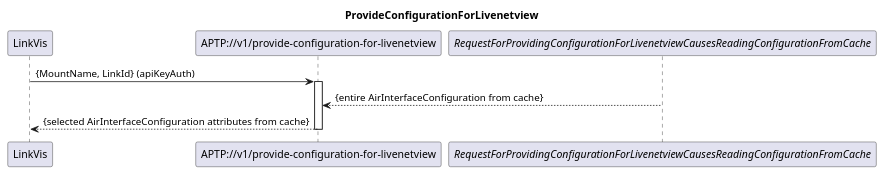
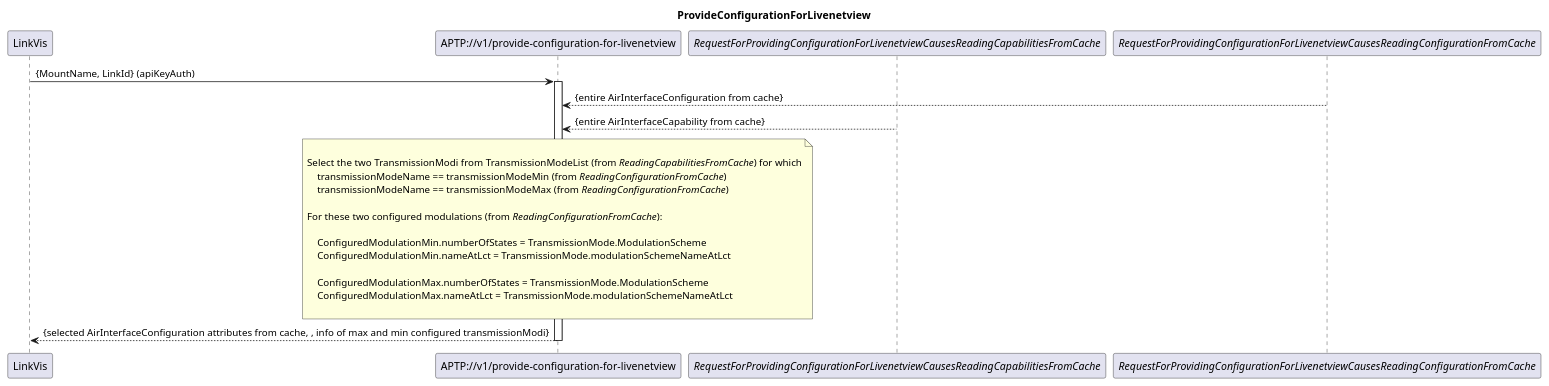
One commit to openBackhaul/AccessPlanningToolProxy changed the diagram in spec/diagrams/ProvideConfigurationForLivenetview/ProvideConfigurationForLivenetview.plantuml. Above: the diagram before and after it, drawn with PlantUML. The commit also changed other lines of this file and 3 other files, not shown here.

Commit message:
Add missing callback in diagrams of service 007

```diff
--- a/spec/diagrams/ProvideConfigurationForLivenetview/ProvideConfigurationForLivenetview.plantuml
+++ b/spec/diagrams/ProvideConfigurationForLivenetview/ProvideConfigurationForLivenetview.plantuml
@@ -1,24 +1,42 @@
 @startuml ProvideConfigForLivenetview
 skinparam responseMessageBelowArrow true
 
 title
 ProvideConfigurationForLivenetview
 end title
 
 participant "LinkVis" as LinkVis
 participant "APTP://v1/provide-configuration-for-livenetview" as APTP_Config
+participant "<i>RequestForProvidingConfigurationForLivenetviewCausesReadingCapabilitiesFromCache</i>" as ReadingCapa
 participant "<i>RequestForProvidingConfigurationForLivenetviewCausesReadingConfigurationFromCache</i>" as ReadingConfigCache
 
 
 LinkVis -> APTP_Config: {MountName, LinkId} (apiKeyAuth)
 
 activate APTP_Config
 
 
 ReadingConfigCache --> APTP_Config: {entire AirInterfaceConfiguration from cache}
+ReadingCapa --> APTP_Config: {entire AirInterfaceCapability from cache}
 
-APTP_Config --> LinkVis: {selected AirInterfaceConfiguration attributes from cache}
+note over APTP_Config
+
+Select the two TransmissionModi from TransmissionModeList (from <i>ReadingCapabilitiesFromCache</i>) for which
+    transmissionModeName == transmissionModeMin (from <i>ReadingConfigurationFromCache</i>)
+    transmissionModeName == transmissionModeMax (from <i>ReadingConfigurationFromCache</i>)
+
+For these two configured modulations (from <i>ReadingConfigurationFromCache</i>):
+
+    ConfiguredModulationMin.numberOfStates = TransmissionMode.ModulationScheme
+    ConfiguredModulationMin.nameAtLct = TransmissionMode.modulationSchemeNameAtLct
+
+    ConfiguredModulationMax.numberOfStates = TransmissionMode.ModulationScheme
+    ConfiguredModulationMax.nameAtLct = TransmissionMode.modulationSchemeNameAtLct
+
+end note
+
+APTP_Config --> LinkVis: {selected AirInterfaceConfiguration attributes from cache, , info of max and min configured transmissionModi}
 
 deactivate APTP_Config
 
 @enduml
```
